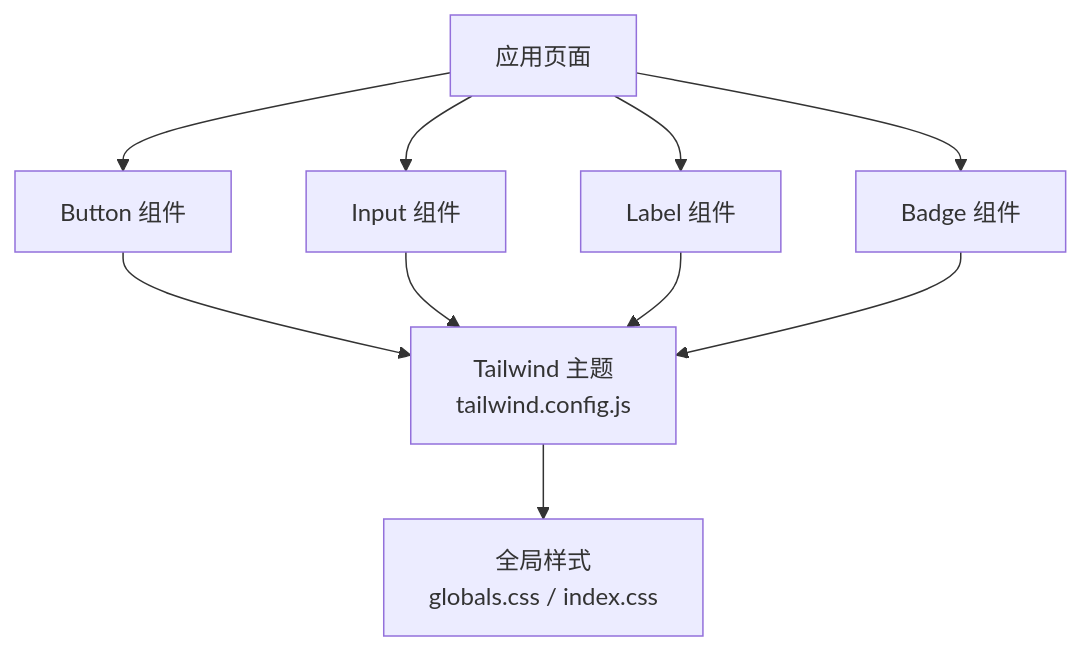
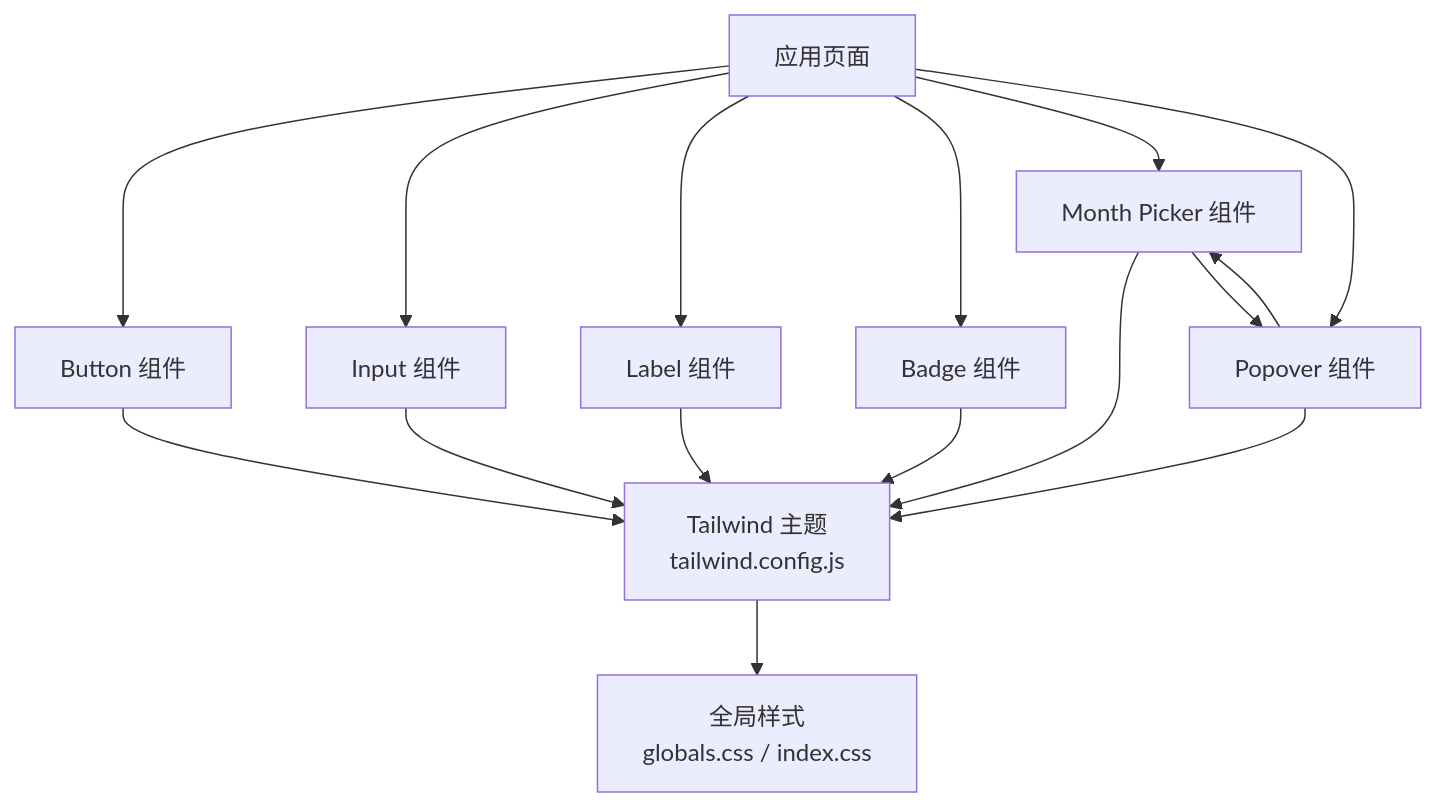
Before and after one commit to Damao997/newproject: the second of 9 diagrams in .qoder/repowiki/zh/content/UI组件库/基础UI组件/基础UI组件.md, drawn with Mermaid. The commit also changed other lines of this file and 23 other files, not shown here.

````diff
--- a/.qoder/repowiki/zh/content/UI组件库/基础UI组件/基础UI组件.md
+++ b/.qoder/repowiki/zh/content/UI组件库/基础UI组件/基础UI组件.md
@@ -90,12 +113,18 @@
 ```mermaid
 graph TB
 A["应用页面"] --> C1["Button 组件"]
 A --> C2["Input 组件"]
 A --> C3["Label 组件"]
 A --> C4["Badge 组件"]
+A --> C5["Month Picker 组件"]
+A --> C6["Popover 组件"]
 C1 --> T["Tailwind 主题<br/>tailwind.config.js"]
 C2 --> T
 C3 --> T
 C4 --> T
+C5 --> T
+C6 --> T
 T --> S1["全局样式<br/>globals.css / index.css"]
+C5 --> C6
+C6 --> C5
 ```
````
